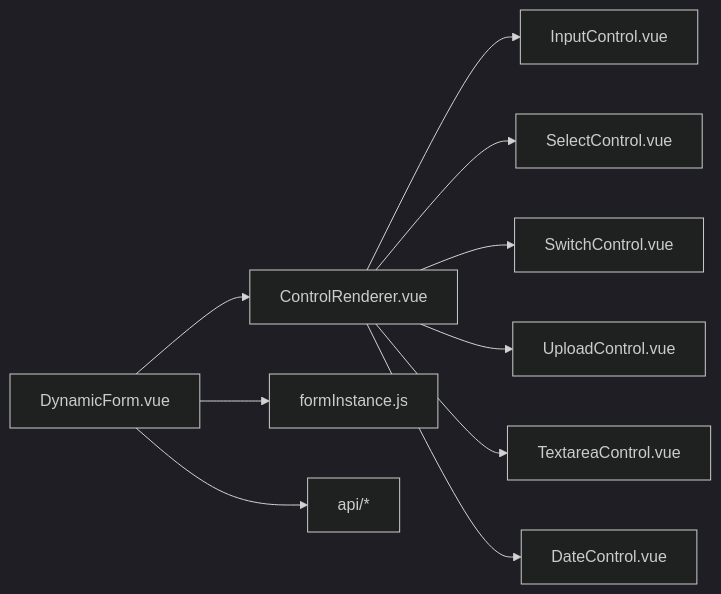
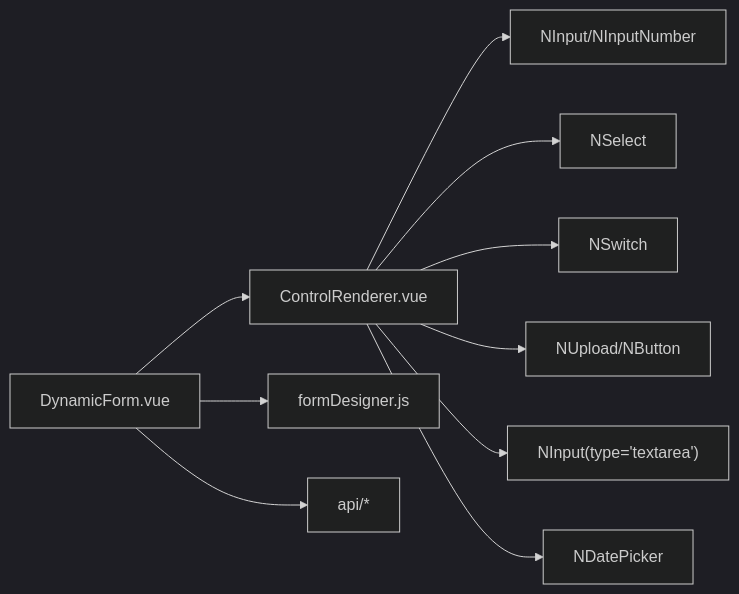
Before and after one commit to NJMrLi/genetics: the fourth of 4 diagrams in .qoder/repowiki/zh/content/前端架构设计/UI组件库集成.md, drawn with Mermaid (dark theme). The commit also changed other lines of this file and 32 other files, not shown here.

````diff
--- a/.qoder/repowiki/zh/content/前端架构设计/UI组件库集成.md
+++ b/.qoder/repowiki/zh/content/前端架构设计/UI组件库集成.md
@@ -214,12 +249,12 @@
 ```mermaid
 graph LR
 DynForm["DynamicForm.vue"] --> Renderer["ControlRenderer.vue"]
-Renderer --> Inputs["InputControl.vue"]
-Renderer --> Selects["SelectControl.vue"]
-Renderer --> Switches["SwitchControl.vue"]
-Renderer --> Uploads["UploadControl.vue"]
-Renderer --> Textareas["TextareaControl.vue"]
-Renderer --> Dates["DateControl.vue"]
-DynForm --> Stores["formInstance.js"]
+Renderer --> Inputs["NInput/NInputNumber"]
+Renderer --> Selects["NSelect"]
+Renderer --> Switches["NSwitch"]
+Renderer --> Uploads["NUpload/NButton"]
+Renderer --> Textareas["NInput(type='textarea')"]
+Renderer --> Dates["NDatePicker"]
+DynForm --> Stores["formDesigner.js"]
 DynForm --> API["api/*"]
 ```
````
